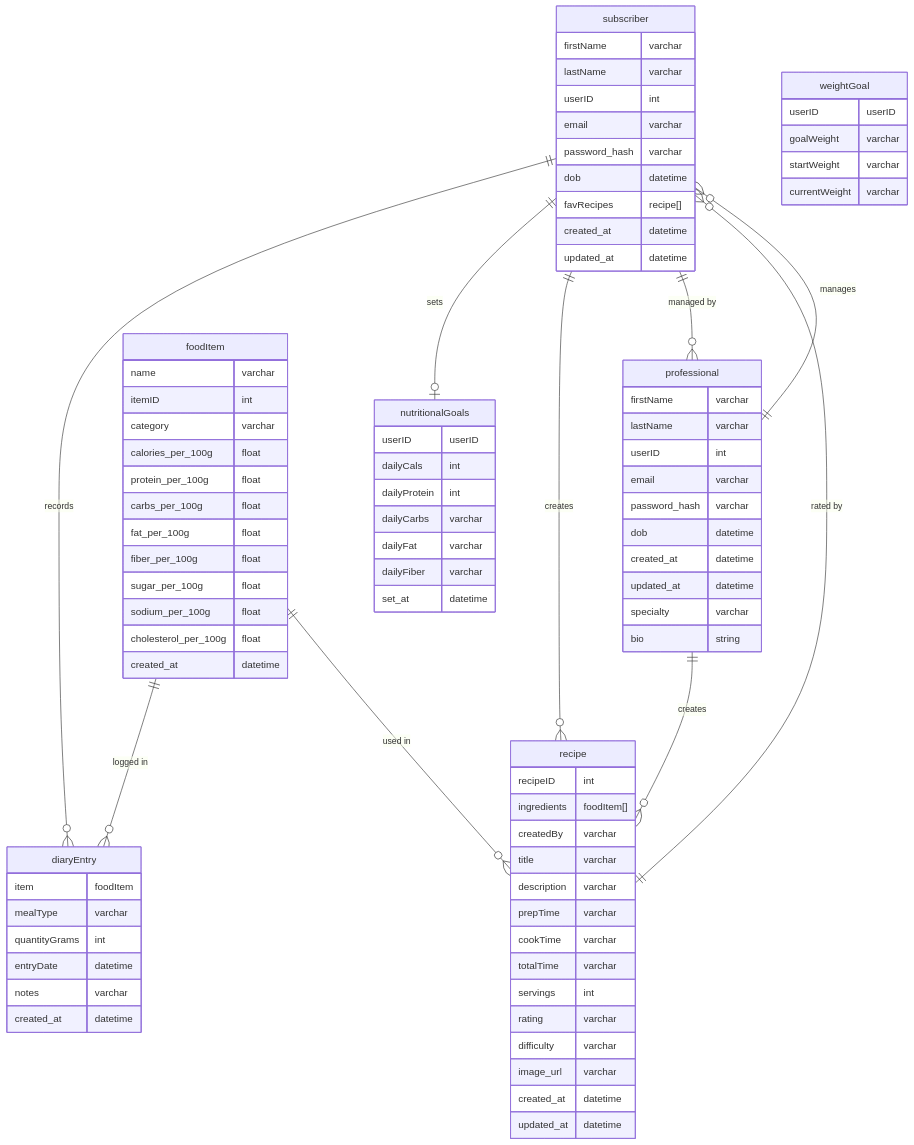
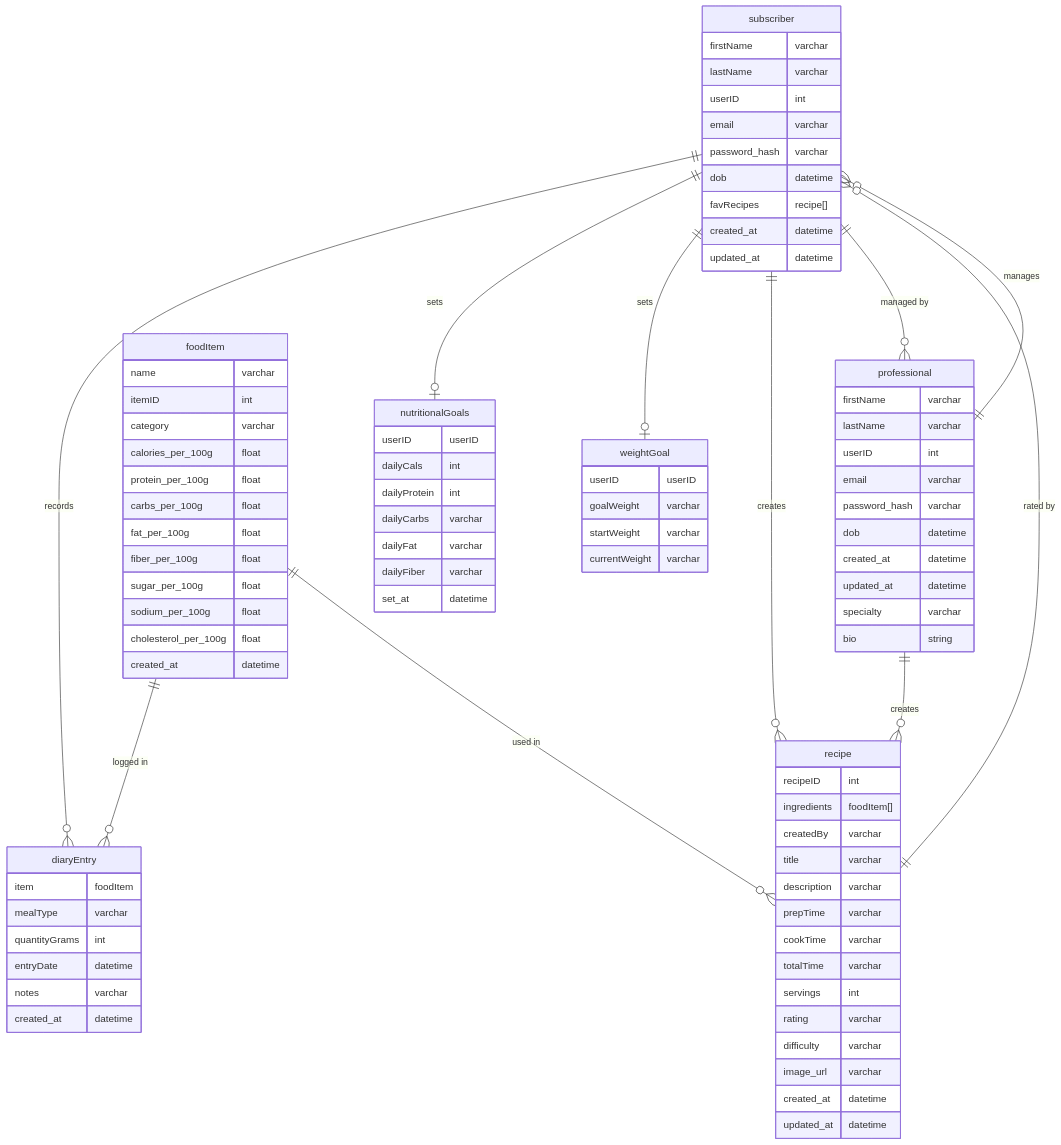
The diagram in ER_diagram.md (X-07-xqf/2850final-project), drawn with Mermaid before and after one commit.

```diff
--- a/ER_diagram.md
+++ b/ER_diagram.md
@@ -95,6 +95,7 @@
 
     subscriber ||--o{ diaryEntry : "records"
     subscriber ||--o| nutritionalGoals : "sets"
+    subscriber ||--o| weightGoal : "sets"
     subscriber ||--o{ recipe : "creates"
     professional ||--o{ recipe : "creates"
 
```
